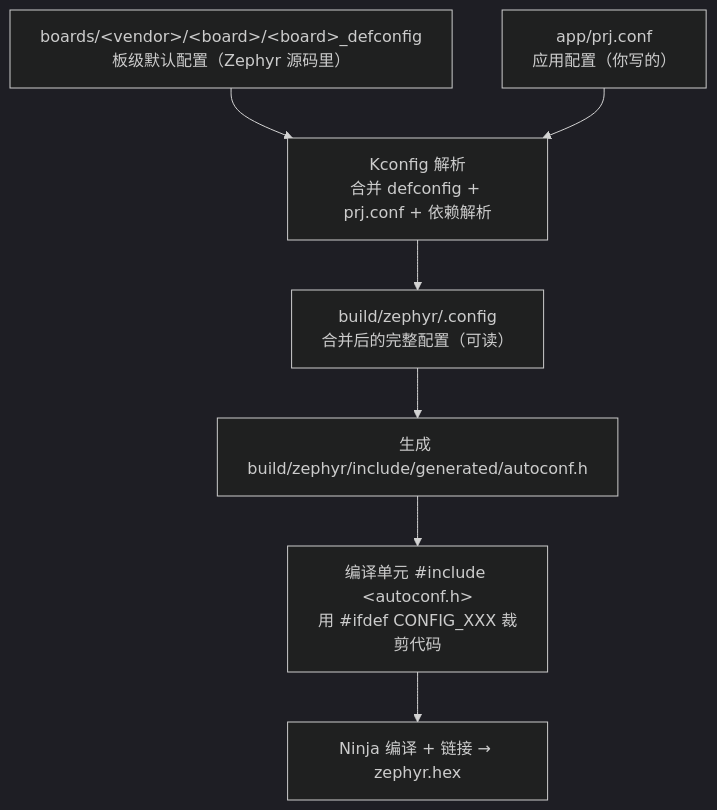
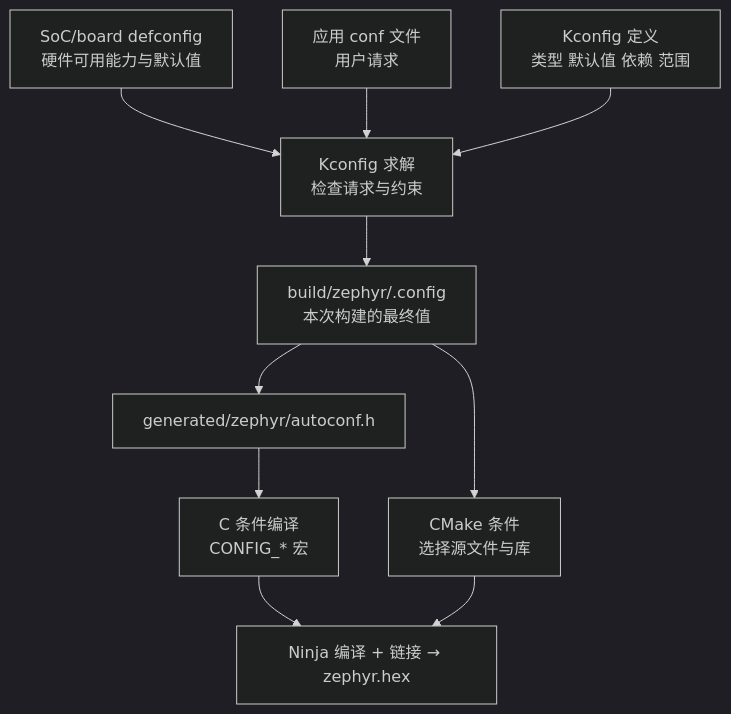
The first of 3 diagrams in docs/articles/zephyr/zephyr-02-kconfig-build-system.md (cdragon-ljl/EEandEdgeAI), drawn with Mermaid (dark theme) before and after one commit. The commit also changed other lines of this file and 35 other files, not shown here.

````diff
--- a/docs/articles/zephyr/zephyr-02-kconfig-build-system.md
+++ b/docs/articles/zephyr/zephyr-02-kconfig-build-system.md
@@ -49,9 +66,12 @@
 ```mermaid
 flowchart TD
-    A[boards/&lt;vendor&gt;/&lt;board&gt;/&lt;board&gt;_defconfig<br/>板级默认配置（Zephyr 源码里）] --> D
-    B[app/prj.conf<br/>应用配置（你写的）] --> D
-    D[Kconfig 解析<br/>合并 defconfig + prj.conf + 依赖解析] --> E[build/zephyr/.config<br/>合并后的完整配置（可读）]
-    E --> F[生成 build/zephyr/include/generated/autoconf.h]
-    F --> G[编译单元 #include &lt;autoconf.h&gt;<br/>用 #ifdef CONFIG_XXX 裁剪代码]
+    A[SoC/board defconfig<br/>硬件可用能力与默认值] --> D
+    B[应用 conf 文件<br/>用户请求] --> D
+    C[Kconfig 定义<br/>类型 默认值 依赖 范围] --> D
+    D[Kconfig 求解<br/>检查请求与约束] --> E[build/zephyr/.config<br/>本次构建的最终值]
+    E --> F[generated/zephyr/autoconf.h]
+    E --> M[CMake 条件<br/>选择源文件与库]
+    F --> G[C 条件编译<br/>CONFIG_* 宏]
     G --> H[Ninja 编译 + 链接 → zephyr.hex]
+    M --> H
 ```
````
